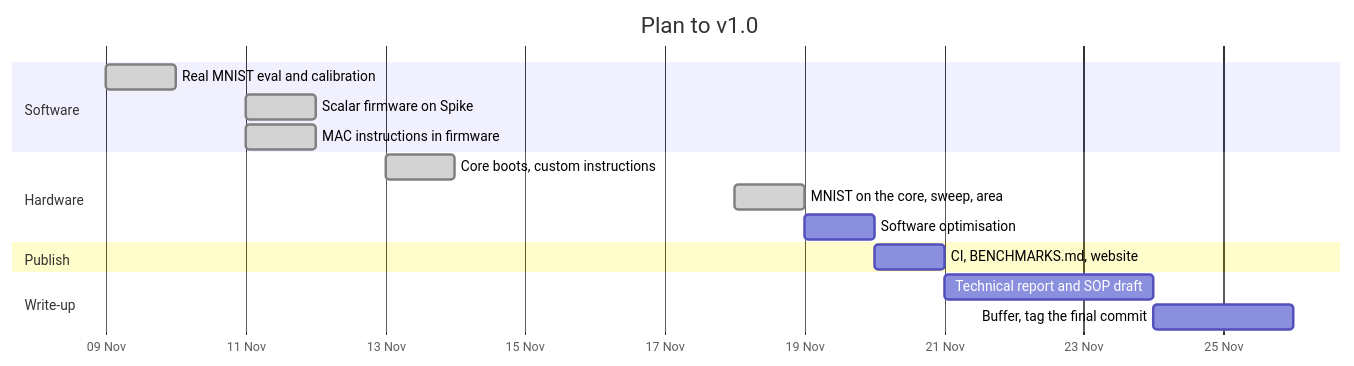
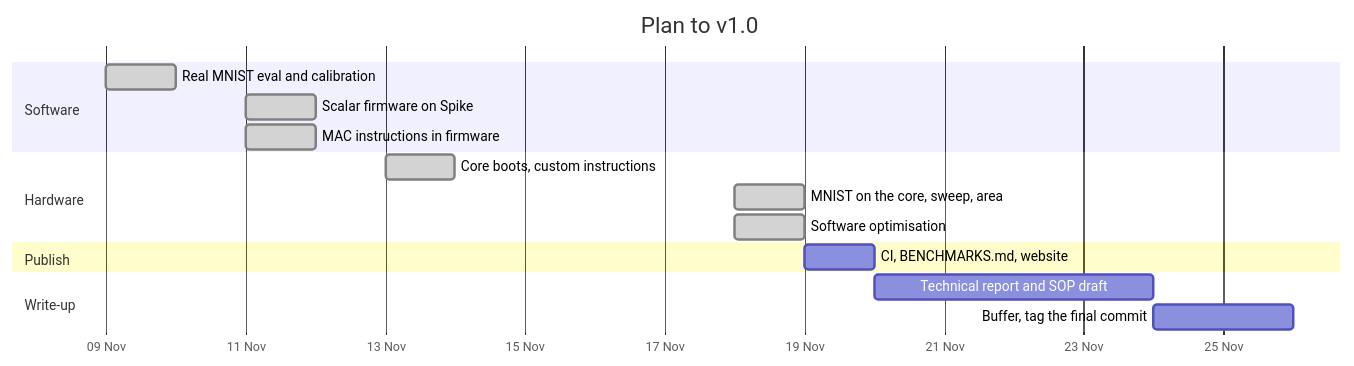
One commit to sajedulislam5840/riscv-edge-ai changed the fifth of 5 diagrams in README.md. Above: the diagram before and after it, drawn with Mermaid. The commit also changed other lines of this file, not shown here.

````diff
--- a/README.md
+++ b/README.md
@@ -353,19 +362,19 @@
 ```mermaid
 gantt
     title Plan to v1.0
     dateFormat YYYY-MM-DD
     axisFormat %d %b
     section Software
     Real MNIST eval and calibration :done, a1, 2026-11-09, 1d
     Scalar firmware on Spike        :done, a2, 2026-11-11, 1d
     MAC instructions in firmware    :done, a2b, 2026-11-11, 1d
     section Hardware
     Core boots, custom instructions :done, h1, 2026-11-13, 1d
     MNIST on the core, sweep, area  :done, h2, 2026-11-18, 1d
-    Software optimisation           :h4, 2026-11-19, 1d
+    Software optimisation           :done, h4, 2026-11-18, 1d
     section Publish
-    CI, BENCHMARKS.md, website      :p1, 2026-11-20, 1d
+    CI, BENCHMARKS.md, website      :p1, 2026-11-19, 1d
     section Write-up
-    Technical report and SOP draft  :w1, 2026-11-21, 3d
+    Technical report and SOP draft  :w1, 2026-11-20, 4d
     Buffer, tag the final commit    :w2, 2026-11-24, 2d
 ```
````
